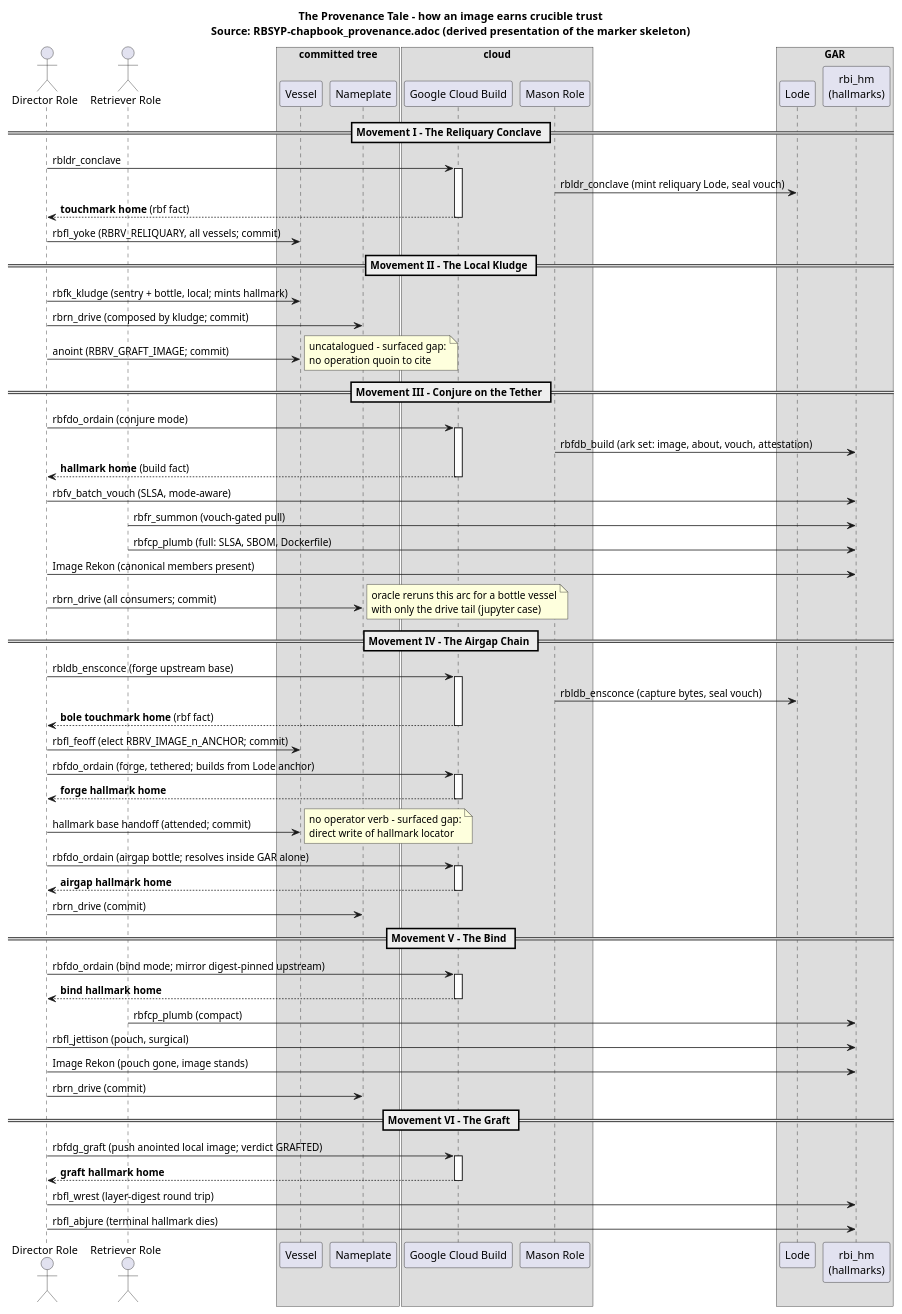
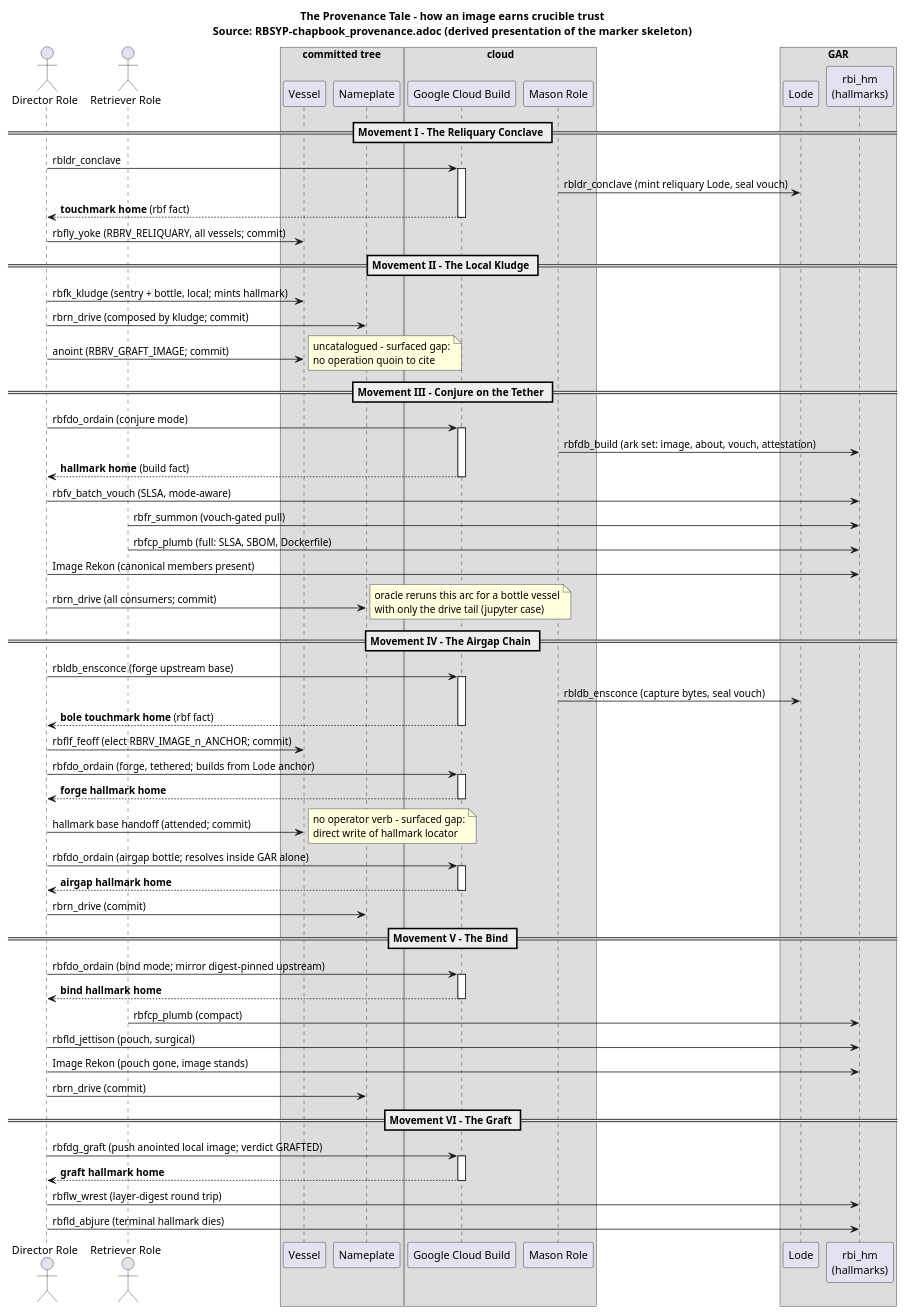
The diagram in vov_veiled/diagrams/rbdgp_provenance-tale.puml (bhyslop/recipemuster), drawn with PlantUML before and after one commit. The commit also changed 14 other files, not shown here.

```diff
--- a/vov_veiled/diagrams/rbdgp_provenance-tale.puml
+++ b/vov_veiled/diagrams/rbdgp_provenance-tale.puml
@@ -1,89 +1,89 @@
 @startuml
 title The Provenance Tale - how an image earns crucible trust\nSource: RBSYP-chapbook_provenance.adoc (derived presentation of the marker skeleton)
 
 actor "Director Role" as DIR
 actor "Retriever Role" as RET
 box "committed tree"
 participant "Vessel" as VES
 participant "Nameplate" as NPL
 end box
 box "cloud"
 participant "Google Cloud Build" as GCB
 participant "Mason Role" as MAS
 end box
 box "GAR"
 participant "Lode" as LODE
 participant "rbi_hm\n(hallmarks)" as HM
 end box
 
 == Movement I - The Reliquary Conclave ==
 
 DIR -> GCB : rbldr_conclave
 activate GCB
 MAS -> LODE : rbldr_conclave (mint reliquary Lode, seal vouch)
 GCB --> DIR : **touchmark home** (rbf fact)
 deactivate GCB
-DIR -> VES : rbfl_yoke (RBRV_RELIQUARY, all vessels; commit)
+DIR -> VES : rbfly_yoke (RBRV_RELIQUARY, all vessels; commit)
 
 == Movement II - The Local Kludge ==
 
 DIR -> VES : rbfk_kludge (sentry + bottle, local; mints hallmark)
 DIR -> NPL : rbrn_drive (composed by kludge; commit)
 DIR -> VES : anoint (RBRV_GRAFT_IMAGE; commit)
 note right : uncatalogued - surfaced gap:\nno operation quoin to cite
 
 == Movement III - Conjure on the Tether ==
 
 DIR -> GCB : rbfdo_ordain (conjure mode)
 activate GCB
 MAS -> HM : rbfdb_build (ark set: image, about, vouch, attestation)
 GCB --> DIR : **hallmark home** (build fact)
 deactivate GCB
 DIR -> HM : rbfv_batch_vouch (SLSA, mode-aware)
 RET -> HM : rbfr_summon (vouch-gated pull)
 RET -> HM : rbfcp_plumb (full: SLSA, SBOM, Dockerfile)
 DIR -> HM : Image Rekon (canonical members present)
 DIR -> NPL : rbrn_drive (all consumers; commit)
 note right : oracle reruns this arc for a bottle vessel\nwith only the drive tail (jupyter case)
 
 == Movement IV - The Airgap Chain ==
 
 DIR -> GCB : rbldb_ensconce (forge upstream base)
 activate GCB
 MAS -> LODE : rbldb_ensconce (capture bytes, seal vouch)
 GCB --> DIR : **bole touchmark home** (rbf fact)
 deactivate GCB
-DIR -> VES : rbfl_feoff (elect RBRV_IMAGE_n_ANCHOR; commit)
+DIR -> VES : rbflf_feoff (elect RBRV_IMAGE_n_ANCHOR; commit)
 DIR -> GCB : rbfdo_ordain (forge, tethered; builds from Lode anchor)
 activate GCB
 GCB --> DIR : **forge hallmark home**
 deactivate GCB
 DIR -> VES : hallmark base handoff (attended; commit)
 note right : no operator verb - surfaced gap:\ndirect write of hallmark locator
 DIR -> GCB : rbfdo_ordain (airgap bottle; resolves inside GAR alone)
 activate GCB
 GCB --> DIR : **airgap hallmark home**
 deactivate GCB
 DIR -> NPL : rbrn_drive (commit)
 
 == Movement V - The Bind ==
 
 DIR -> GCB : rbfdo_ordain (bind mode; mirror digest-pinned upstream)
 activate GCB
 GCB --> DIR : **bind hallmark home**
 deactivate GCB
 RET -> HM : rbfcp_plumb (compact)
-DIR -> HM : rbfl_jettison (pouch, surgical)
+DIR -> HM : rbfld_jettison (pouch, surgical)
 DIR -> HM : Image Rekon (pouch gone, image stands)
 DIR -> NPL : rbrn_drive (commit)
 
 == Movement VI - The Graft ==
 
 DIR -> GCB : rbfdg_graft (push anointed local image; verdict GRAFTED)
 activate GCB
 GCB --> DIR : **graft hallmark home**
 deactivate GCB
-DIR -> HM : rbfl_wrest (layer-digest round trip)
-DIR -> HM : rbfl_abjure (terminal hallmark dies)
+DIR -> HM : rbflw_wrest (layer-digest round trip)
+DIR -> HM : rbfld_abjure (terminal hallmark dies)
 
 @enduml
```
